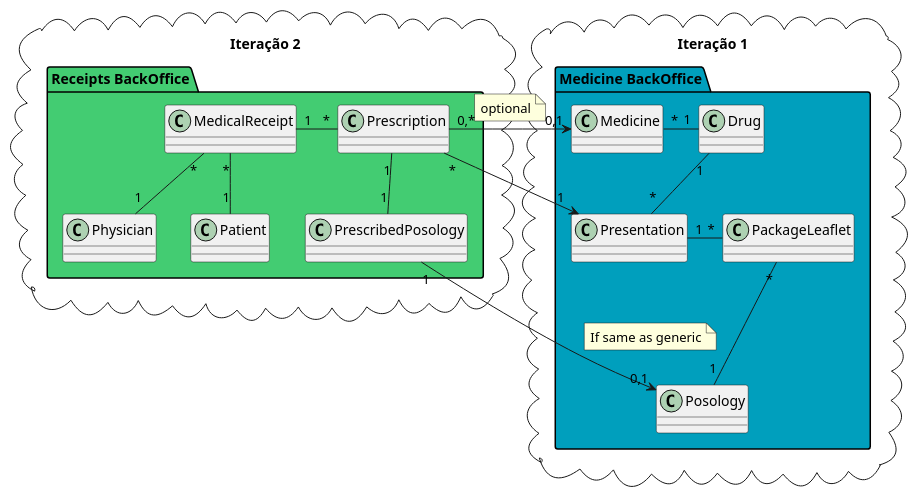
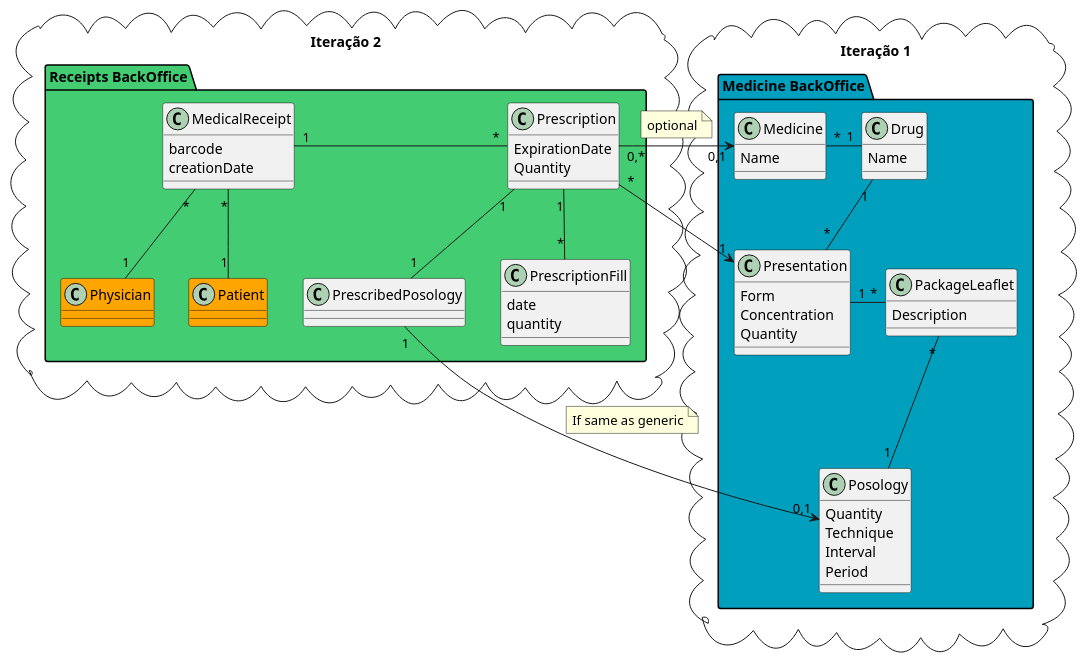
The diagram in documentation/it2_domain_model.puml (danieljfgoncalves/arqsi2017-3da-1151159-1151452), drawn with PlantUML before and after one commit. The commit also changed 1 other file, not shown here.

```diff
--- a/documentation/it2_domain_model.puml
+++ b/documentation/it2_domain_model.puml
@@ -1,45 +1,71 @@
 @startuml "dm_it2_global"
 
 ' ### [ITERAÇÃO 1] ###
 package "Iteração 1" <<cloud>> {
     package "Medicine BackOffice" #009FBD {
 
-        class Medicine
-        class Drug
-        class Presentation
-        class Posology
-        class PackageLeaflet
+        class Medicine {
+            Name
+        }
+        class Drug {
+            Name
+        }
+        class Presentation {
+            Form
+            Concentration
+            Quantity
+        }
+        class Posology {
+            Quantity
+            Technique
+            Interval
+            Period
+        }
+        class PackageLeaflet {
+            Description
+        }
     }
 }
 
 ' ### [ITERAÇÃO 2] ###
 package "Iteração 2" <<cloud>> {
     package "Receipts BackOffice" #43CC72 {
 
-        class Physician
-        class Patient
-        class Prescription
-        class MedicalReceipt
+        class Physician #orange
+        class Patient #orange
+        class Prescription {
+            ExpirationDate
+            Quantity
+        }
+        class MedicalReceipt {
+            barcode
+            creationDate
+        }
         class PrescribedPosology
+        class PrescriptionFill {
+            date
+            quantity
+        }
     }
 }
 
 ' ### [NOTES] ###
 
 ' ### [RELATIONS] ###
 MedicalReceipt "*" -- "1" Physician
 MedicalReceipt "*" -- "1" Patient
 MedicalReceipt "1" - "*" Prescription
 Prescription "*" --> "1" Presentation
 Medicine "*" - "1" Drug
 Drug "1" -- "*" Presentation
 Prescription "0,*" -> "0,1" Medicine
 note on link: optional
 
+Prescription "1" -- "*" PrescriptionFill
 Prescription "1" -- "1" PrescribedPosology
 Presentation "1" - "*" PackageLeaflet
 PackageLeaflet "*" -- "1" Posology
 PrescribedPosology "1" --> "0,1" Posology
 note on link : If same as generic
 
 @enduml
```
